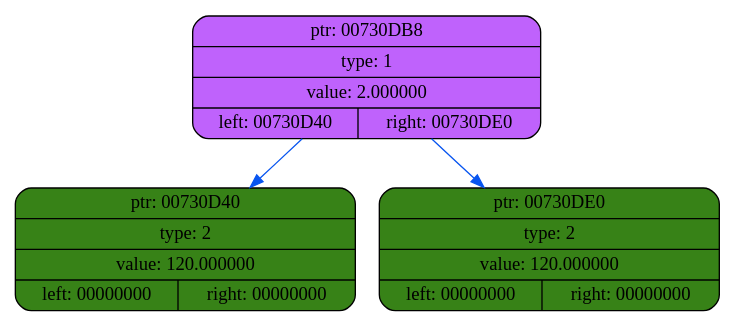
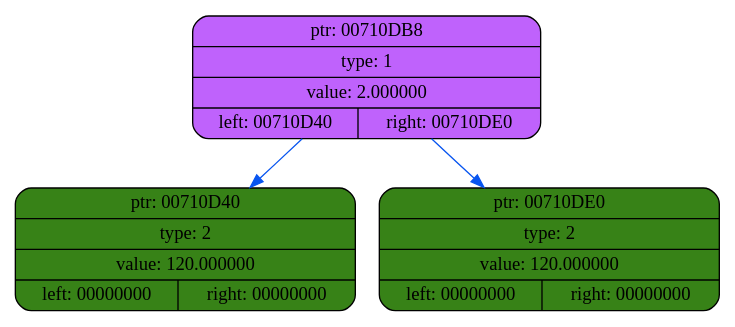
The diagram in dump/dump4.dot (coffee8cat/differentiator), drawn with Graphviz before and after one commit. The commit also changed 21 other files, not shown here.

```diff
--- a/dump/dump4.dot
+++ b/dump/dump4.dot
@@ -1,10 +1,10 @@
 digraph
 {
     rankdir=TP
 
-        node00730DB8[shape=record,style="rounded,filled",fillcolor="#BF62FC",label="{ ptr: 00730DB8 | type: 1 | value: 2.000000| { left: 00730D40 | right: 00730DE0 }}"];
-    node00730DB8 -> node00730D40[color="#0855F0"]
-    node00730D40[shape=record,style="rounded,filled",fillcolor="#378217",label="{ ptr: 00730D40 | type: 2 | value: 120.000000| { left: 00000000 | right: 00000000 }}"];
-    node00730DB8 -> node00730DE0[color="#0855F0"]
-    node00730DE0[shape=record,style="rounded,filled",fillcolor="#378217",label="{ ptr: 00730DE0 | type: 2 | value: 120.000000| { left: 00000000 | right: 00000000 }}"];
+        node00710DB8[shape=record,style="rounded,filled",fillcolor="#BF62FC",label="{ ptr: 00710DB8 | type: 1 | value: 2.000000| { left: 00710D40 | right: 00710DE0 }}"];
+    node00710DB8 -> node00710D40[color="#0855F0"]
+    node00710D40[shape=record,style="rounded,filled",fillcolor="#378217",label="{ ptr: 00710D40 | type: 2 | value: 120.000000| { left: 00000000 | right: 00000000 }}"];
+    node00710DB8 -> node00710DE0[color="#0855F0"]
+    node00710DE0[shape=record,style="rounded,filled",fillcolor="#378217",label="{ ptr: 00710DE0 | type: 2 | value: 120.000000| { left: 00000000 | right: 00000000 }}"];
 }
```
